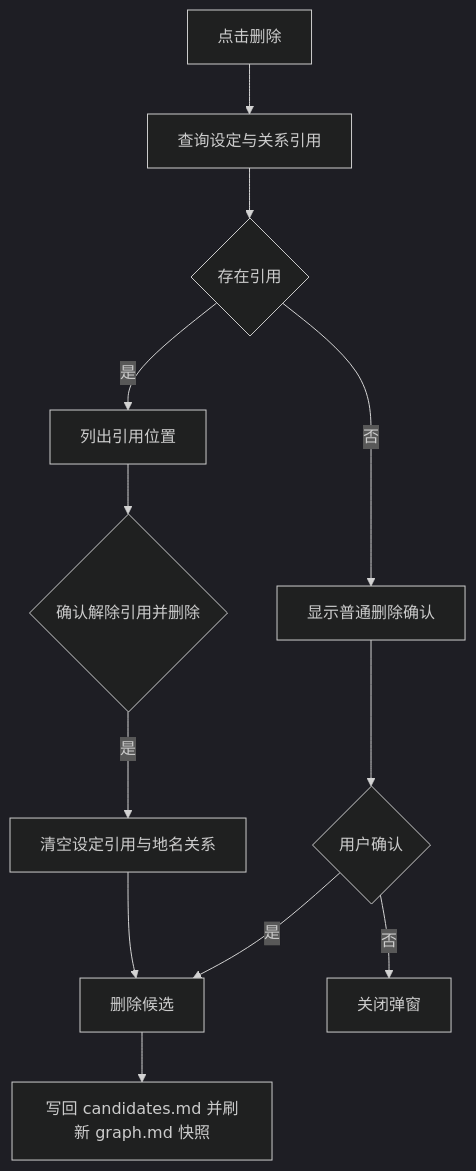
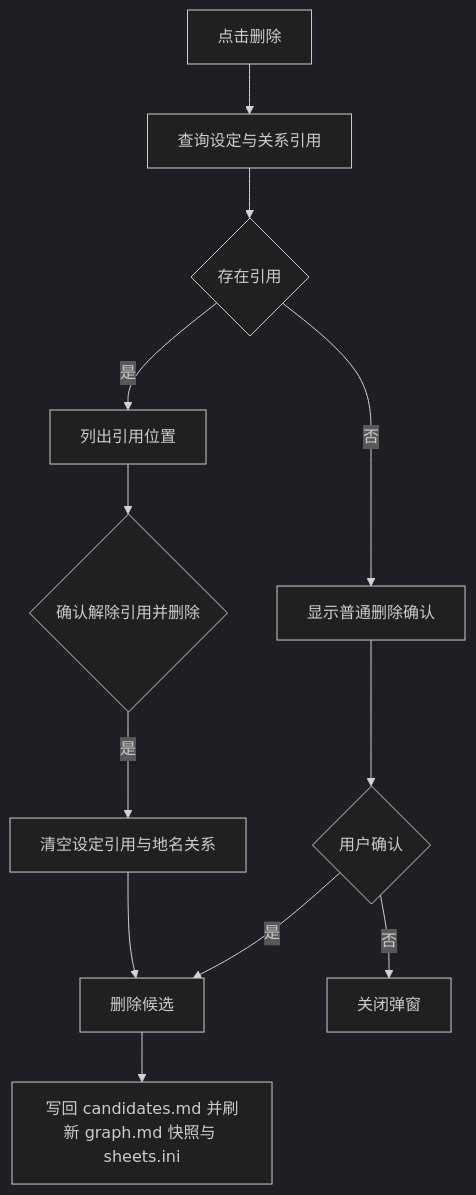
The diagram in docs/prd/03-candidate-library.md (the-writer/creative-workshop), drawn with Mermaid (dark theme) before and after one commit. The commit also changed other lines of this file and 7 other files, not shown here.

Commit message:
feat: generate grouped sheets.ini in workshop data

````diff
--- a/docs/prd/03-candidate-library.md
+++ b/docs/prd/03-candidate-library.md
@@ -36,14 +36,14 @@
 ```mermaid
 flowchart TD
   A[点击删除] --> B[查询设定与关系引用]
   B --> C{存在引用}
   C -- 否 --> D[显示普通删除确认]
   D --> E{用户确认}
   E -- 是 --> F[删除候选]
   E -- 否 --> G[关闭弹窗]
   C -- 是 --> H[列出引用位置]
   H --> I{确认解除引用并删除}
   I -- 是 --> J[清空设定引用与地名关系]
   J --> F
-  F --> K[写回 candidates.md 并刷新 graph.md 快照]
+  F --> K[写回 candidates.md 并刷新 graph.md 快照与 sheets.ini]
 ```
````
